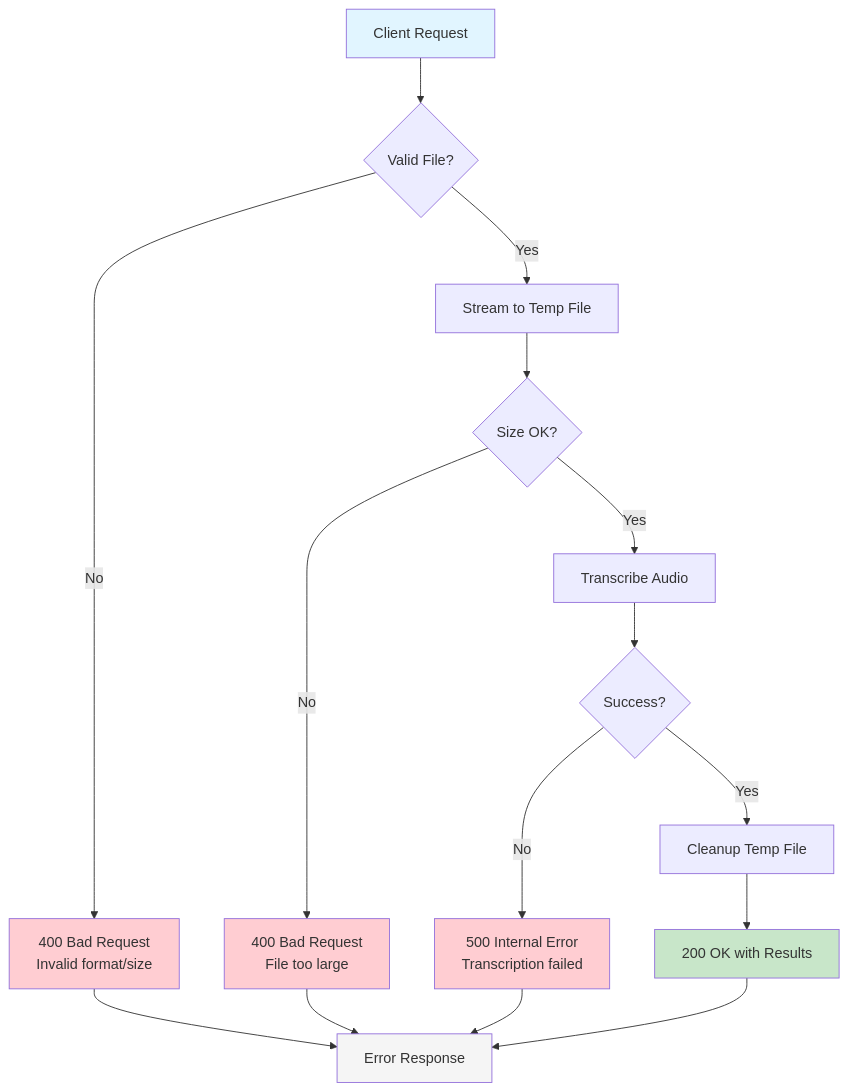
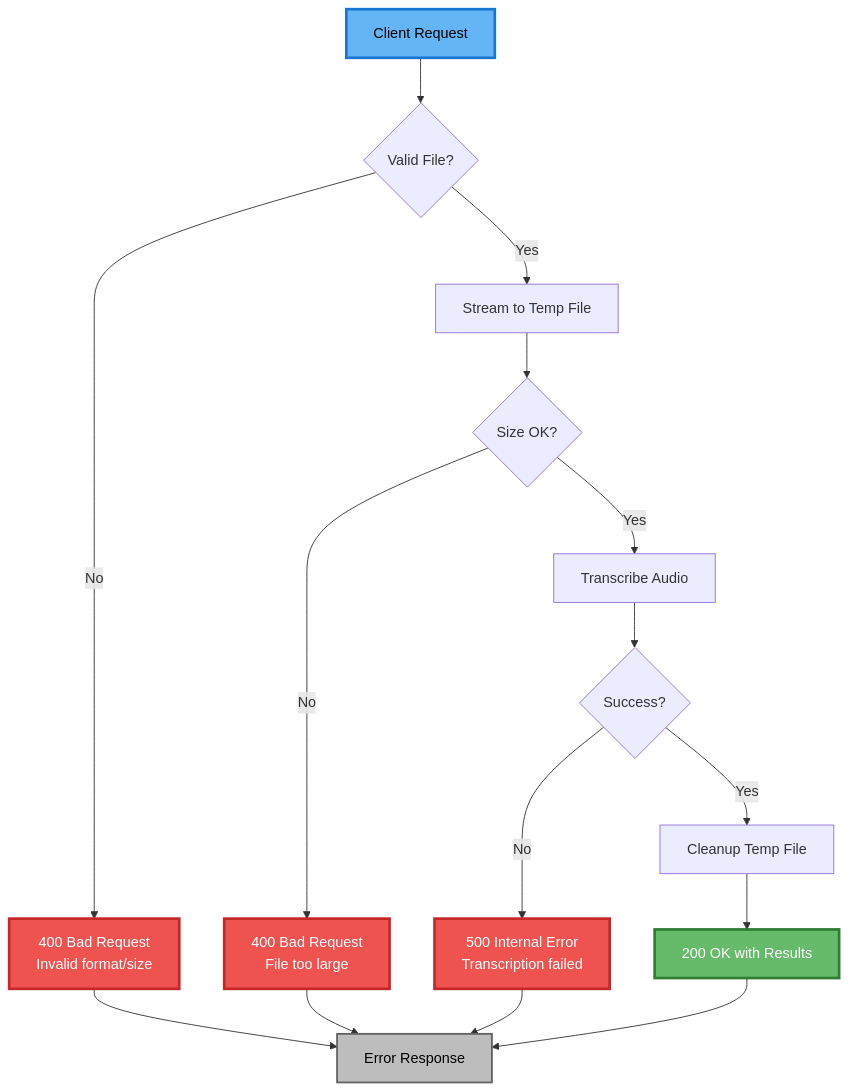
The fourth of 5 diagrams in README.md (shozibabbas/transcription-api), drawn with Mermaid before and after one commit. The commit also changed other lines of this file and 1 other file, not shown here.

First line of the commit message:
docs: Improve Mermaid diagram colors for better contrast

````diff
--- a/README.md
+++ b/README.md
@@ -334,29 +334,29 @@
 ```mermaid
 flowchart TD
     Start[Client Request] --> Validate{Valid File?}
     
     Validate -->|No| E1[400 Bad Request<br/>Invalid format/size]
     Validate -->|Yes| Stream[Stream to Temp File]
     
     Stream --> Size{Size OK?}
     Size -->|No| E2[400 Bad Request<br/>File too large]
     Size -->|Yes| Transcribe[Transcribe Audio]
     
     Transcribe --> Success{Success?}
     Success -->|No| E3[500 Internal Error<br/>Transcription failed]
     Success -->|Yes| Cleanup[Cleanup Temp File]
     
     Cleanup --> Response[200 OK with Results]
     
     E1 --> End[Error Response]
     E2 --> End
     E3 --> End
     Response --> End
     
-    style Start fill:#e1f5ff
-    style Response fill:#c8e6c9
-    style E1 fill:#ffcdd2
-    style E2 fill:#ffcdd2
-    style E3 fill:#ffcdd2
-    style End fill:#f5f5f5
+    style Start fill:#64B5F6,stroke:#1976D2,stroke-width:3px,color:#000
+    style Response fill:#66BB6A,stroke:#2E7D32,stroke-width:3px,color:#fff
+    style E1 fill:#EF5350,stroke:#C62828,stroke-width:3px,color:#fff
+    style E2 fill:#EF5350,stroke:#C62828,stroke-width:3px,color:#fff
+    style E3 fill:#EF5350,stroke:#C62828,stroke-width:3px,color:#fff
+    style End fill:#BDBDBD,stroke:#616161,stroke-width:2px,color:#000
 ```
````
